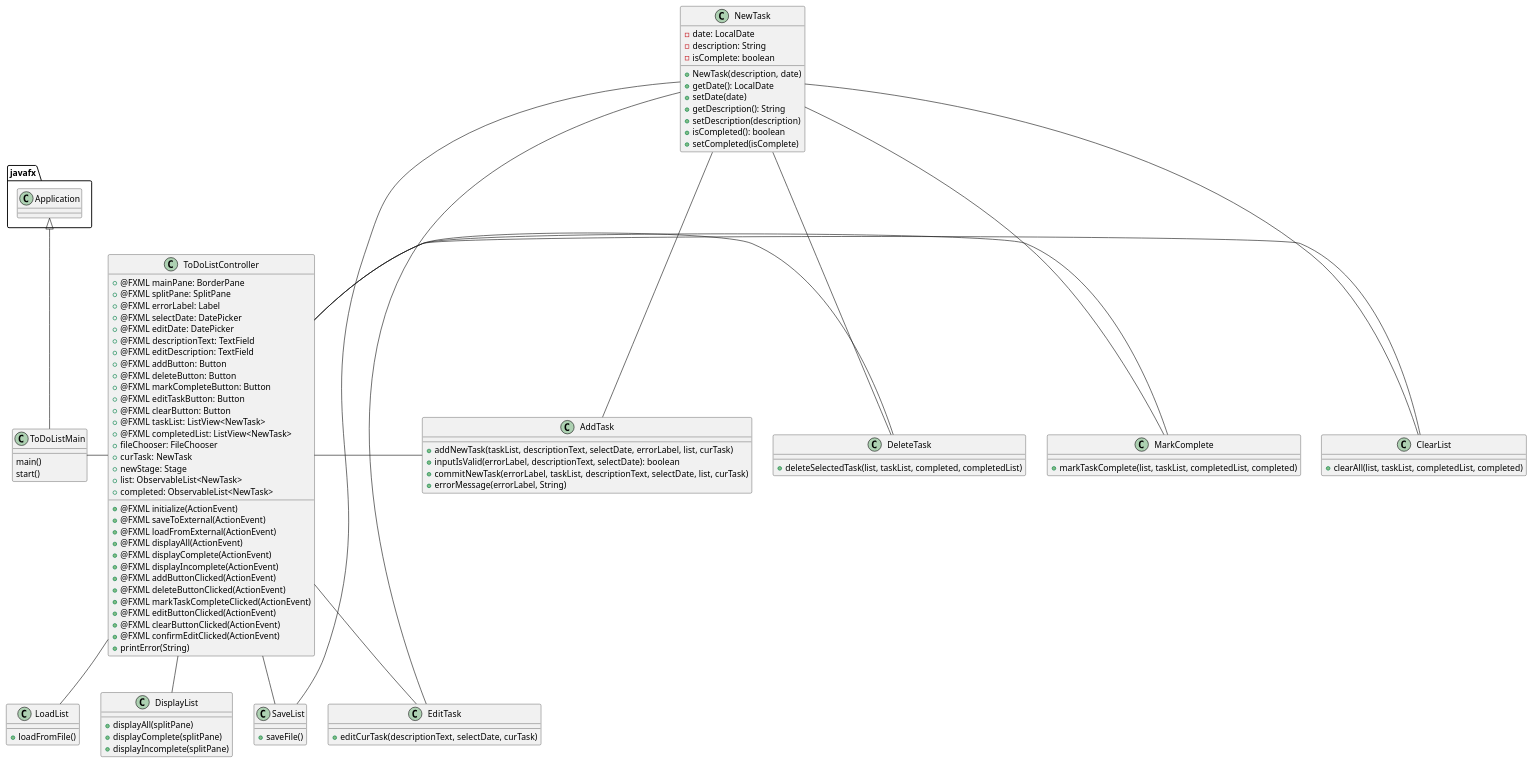
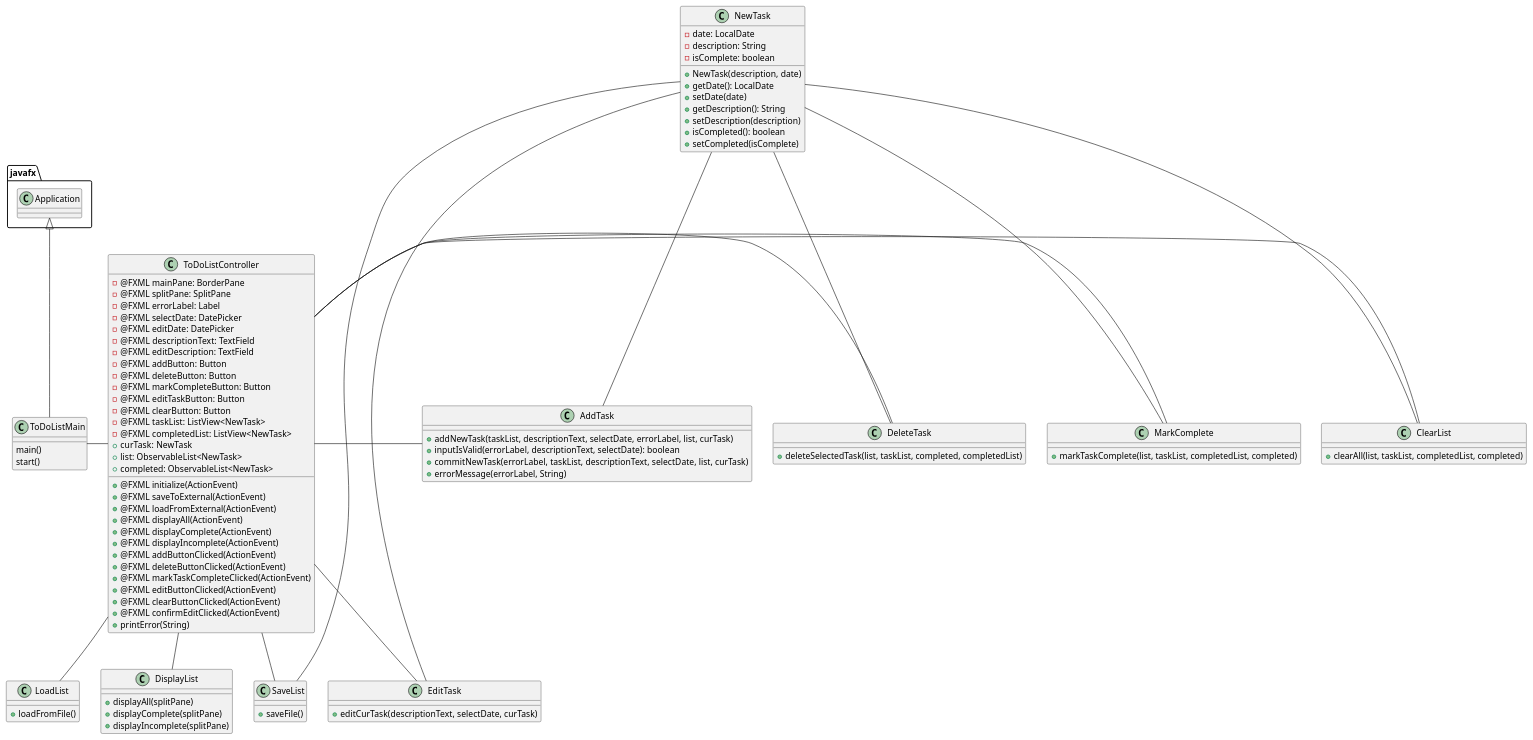
The diagram in uml/ToDoListApp.puml (GabrielFernandez14/fernandez-cop3330-assignment4part2), drawn with PlantUML before and after one commit. The commit also changed 2 other files, not shown here.

Commit message:
Finally figured out how to use FileChooser, save method is working

```diff
--- a/uml/ToDoListApp.puml
+++ b/uml/ToDoListApp.puml
@@ -1,113 +1,111 @@
 @startuml
 'https://plantuml.com/class-diagram
 
 class ToDoListMain {
     main()
     start()
 }
 
 class ToDoListController {
-    + @FXML mainPane: BorderPane
-    + @FXML splitPane: SplitPane
-    + @FXML errorLabel: Label
-    + @FXML selectDate: DatePicker
-    + @FXML editDate: DatePicker
-    + @FXML descriptionText: TextField
-    + @FXML editDescription: TextField
-    + @FXML addButton: Button
-    + @FXML deleteButton: Button
-    + @FXML markCompleteButton: Button
-    + @FXML editTaskButton: Button
-    + @FXML clearButton: Button
-    + @FXML taskList: ListView<NewTask>
-    + @FXML completedList: ListView<NewTask>
-    + fileChooser: FileChooser
+    - @FXML mainPane: BorderPane
+    - @FXML splitPane: SplitPane
+    - @FXML errorLabel: Label
+    - @FXML selectDate: DatePicker
+    - @FXML editDate: DatePicker
+    - @FXML descriptionText: TextField
+    - @FXML editDescription: TextField
+    - @FXML addButton: Button
+    - @FXML deleteButton: Button
+    - @FXML markCompleteButton: Button
+    - @FXML editTaskButton: Button
+    - @FXML clearButton: Button
+    - @FXML taskList: ListView<NewTask>
+    - @FXML completedList: ListView<NewTask>
     + curTask: NewTask
-    + newStage: Stage
     + list: ObservableList<NewTask>
     + completed: ObservableList<NewTask>
 
     + @FXML initialize(ActionEvent)
     + @FXML saveToExternal(ActionEvent)
     + @FXML loadFromExternal(ActionEvent)
     + @FXML displayAll(ActionEvent)
     + @FXML displayComplete(ActionEvent)
     + @FXML displayIncomplete(ActionEvent)
     + @FXML addButtonClicked(ActionEvent)
     + @FXML deleteButtonClicked(ActionEvent)
     + @FXML markTaskCompleteClicked(ActionEvent)
     + @FXML editButtonClicked(ActionEvent)
     + @FXML clearButtonClicked(ActionEvent)
     + @FXML confirmEditClicked(ActionEvent)
     + printError(String)
 }
 
 class NewTask {
     - date: LocalDate
     - description: String
     - isComplete: boolean
 
     + NewTask(description, date)
     + getDate(): LocalDate
     + setDate(date)
     + getDescription(): String
     + setDescription(description)
     + isCompleted(): boolean
     + setCompleted(isComplete)
 }
 
 class AddTask {
     + addNewTask(taskList, descriptionText, selectDate, errorLabel, list, curTask)
     + inputIsValid(errorLabel, descriptionText, selectDate): boolean
     + commitNewTask(errorLabel, taskList, descriptionText, selectDate, list, curTask)
     + errorMessage(errorLabel, String)
 }
 
 class DeleteTask {
     + deleteSelectedTask(list, taskList, completed, completedList)
 }
 
 class MarkComplete {
     + markTaskComplete(list, taskList, completedList, completed)
 }
 
 class DisplayList {
     + displayAll(splitPane)
     + displayComplete(splitPane)
     + displayIncomplete(splitPane)
 }
 
 class ClearList {
     + clearAll(list, taskList, completedList, completed)
 }
 
 class EditTask {
     + editCurTask(descriptionText, selectDate, curTask)
 }
 
 class SaveList {
     + saveFile()
 }
 
 class LoadList {
     + loadFromFile()
 }
 
 javafx.Application <|-- ToDoListMain
 ToDoListMain - ToDoListController
 ToDoListController - AddTask
 ToDoListController - DeleteTask
 ToDoListController - MarkComplete
 ToDoListController -- EditTask
 ToDoListController - ClearList
 ToDoListController -- DisplayList
 ToDoListController -- SaveList
 ToDoListController -- LoadList
 NewTask --- AddTask
 NewTask --- DeleteTask
 NewTask --- MarkComplete
 NewTask - EditTask
 NewTask --- ClearList
 NewTask - SaveList
 
 @enduml
```
